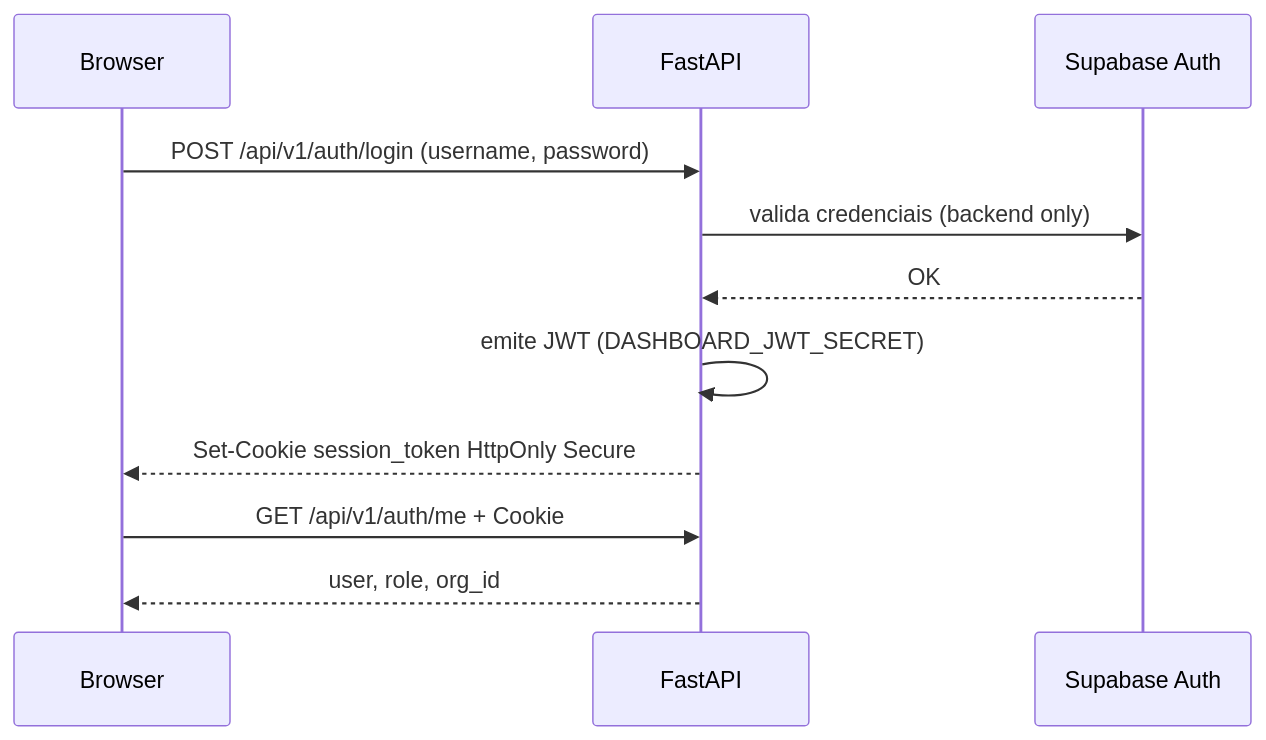
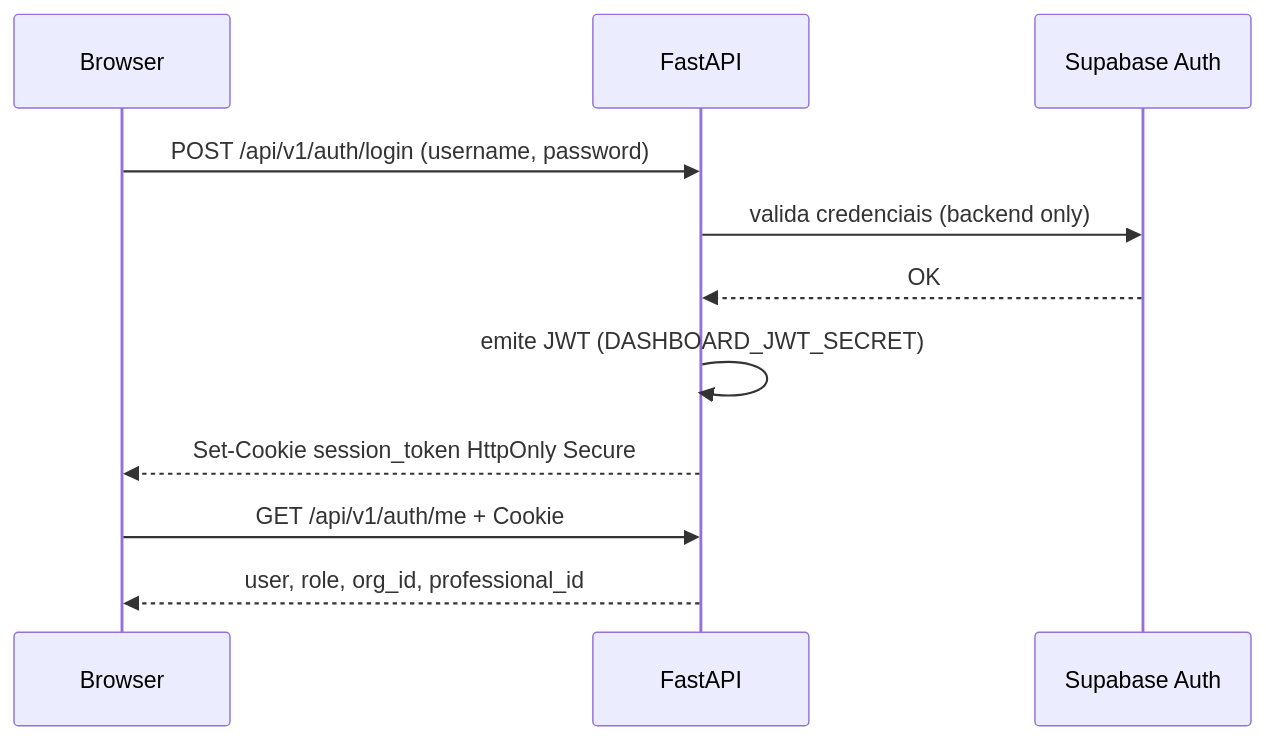
Before and after one commit to victorhayafuji/flowia-master-engine: the fourth of 5 diagrams in CLAUDE.md, drawn with Mermaid. The commit also changed other lines of this file and 44 other files, not shown here.

First line of the commit message:
feat: agenda dual view, professional role, dynamic availability and payments stub

````diff
--- a/CLAUDE.md
+++ b/CLAUDE.md
@@ -521,14 +582,14 @@
 ```mermaid
 sequenceDiagram
   participant Browser
   participant API as FastAPI
   participant SupaAuth as Supabase Auth
 
   Browser->>API: POST /api/v1/auth/login (username, password)
   API->>SupaAuth: valida credenciais (backend only)
   SupaAuth-->>API: OK
   API->>API: emite JWT (DASHBOARD_JWT_SECRET)
   API-->>Browser: Set-Cookie session_token HttpOnly Secure
   Browser->>API: GET /api/v1/auth/me + Cookie
-  API-->>Browser: user, role, org_id
+  API-->>Browser: user, role, org_id, professional_id
 ```
````
